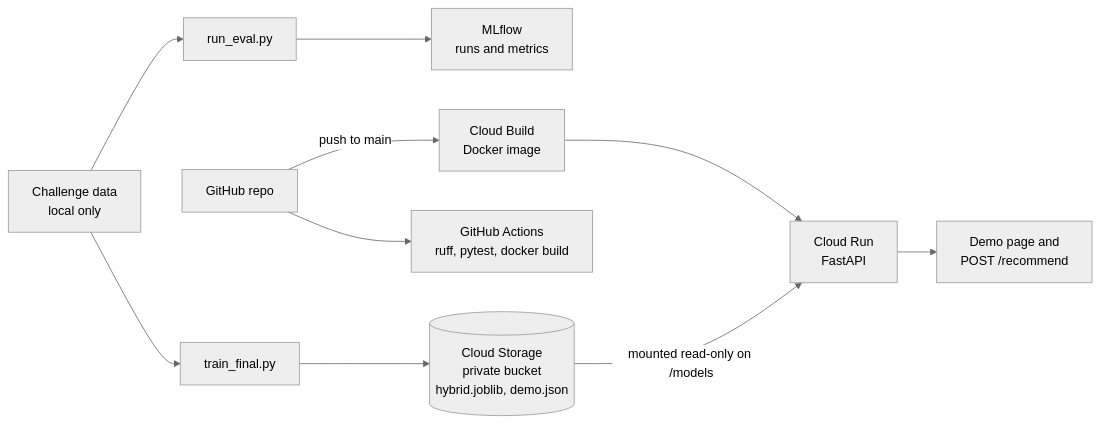
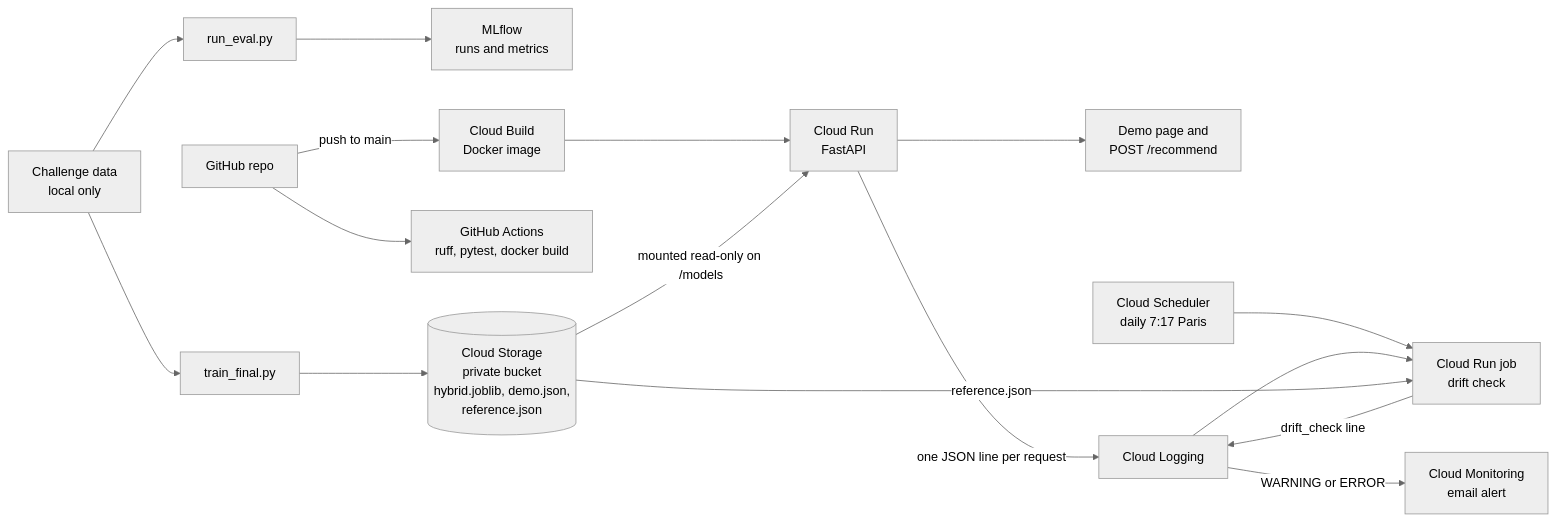
The diagram in README.md (thibaudperes/ens-challenge-hrflow-recsys), drawn with Mermaid (neutral theme) before and after one commit. The commit also changed other lines of this file, not shown here.

Commit message:
Document the production monitoring loop (#12)

````diff
--- a/README.md
+++ b/README.md
@@ -22,12 +24,18 @@
 ```mermaid
 flowchart LR
     data[Challenge data<br/>local only] --> train[train_final.py]
     data --> eval[run_eval.py]
     eval --> mlflow[MLflow<br/>runs and metrics]
-    train --> bucket[(Cloud Storage<br/>private bucket<br/>hybrid.joblib, demo.json)]
+    train --> bucket[(Cloud Storage<br/>private bucket<br/>hybrid.joblib, demo.json,<br/>reference.json)]
     repo[GitHub repo] --> ci[GitHub Actions<br/>ruff, pytest, docker build]
     repo -->|push to main| build[Cloud Build<br/>Docker image]
     build --> run[Cloud Run<br/>FastAPI]
     bucket -->|mounted read-only on /models| run
     run --> users[Demo page and<br/>POST /recommend]
+    run -->|one JSON line per request| logs[Cloud Logging]
+    scheduler[Cloud Scheduler<br/>daily 7:17 Paris] --> job[Cloud Run job<br/>drift check]
+    logs --> job
+    bucket -->|reference.json| job
+    job -->|drift_check line| logs
+    logs -->|WARNING or ERROR| alert[Cloud Monitoring<br/>email alert]
 ```
````
